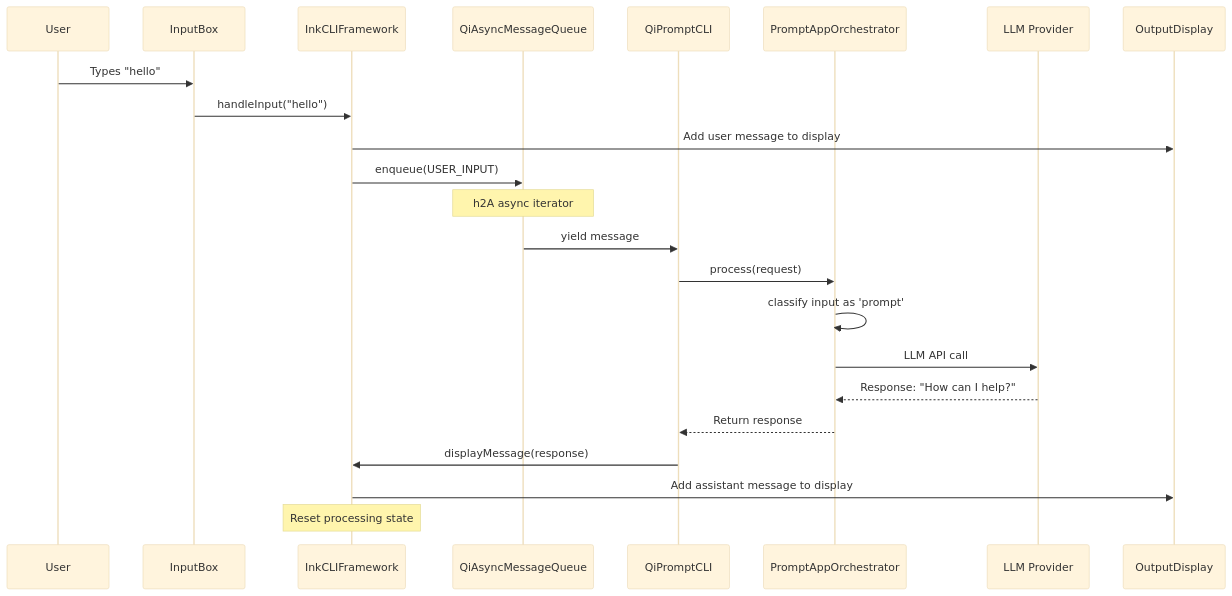
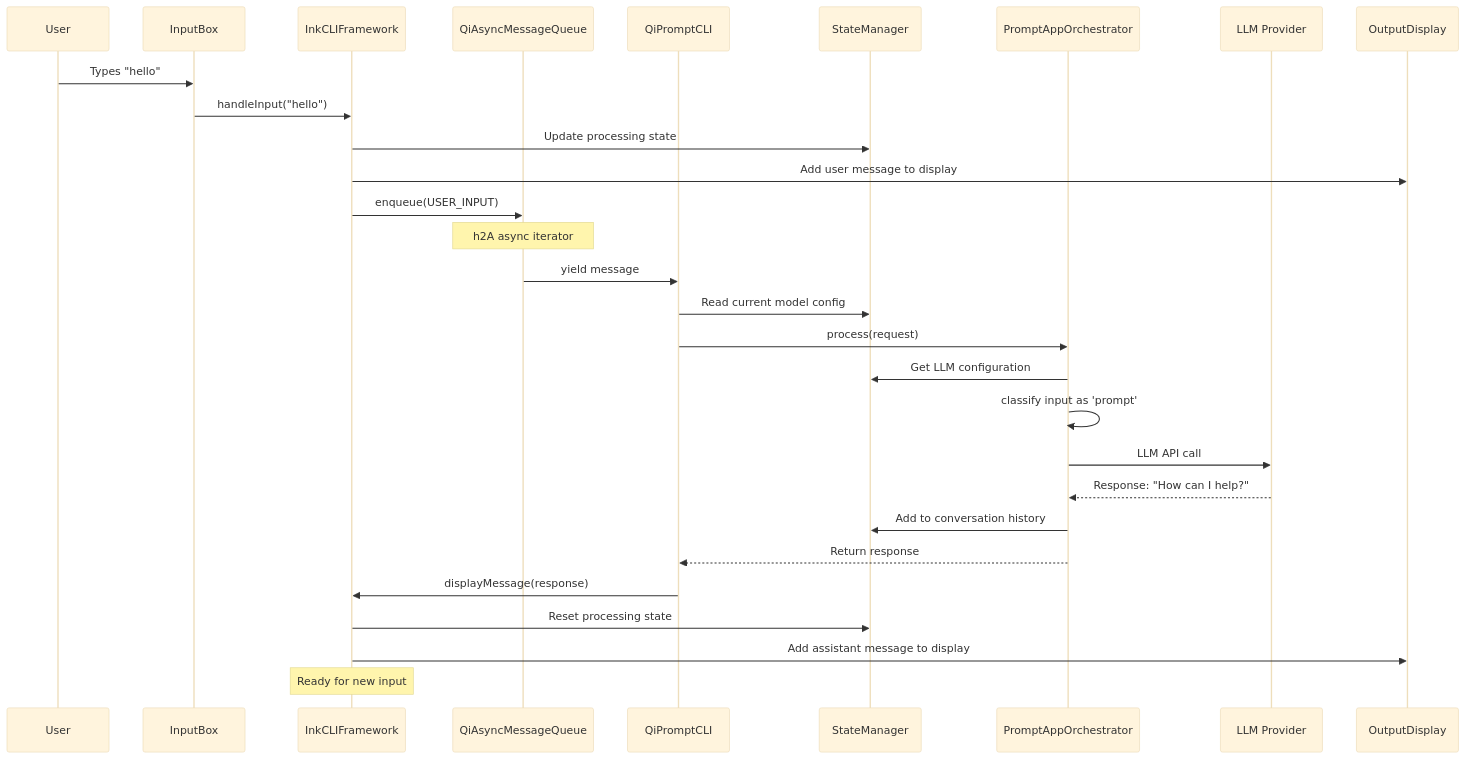
The third of 8 diagrams in docs/qi-prompt/architecture-detailed.md (zhifengzhang-sz/qi-v2-agent), drawn with Mermaid (base theme) before and after one commit. The commit also changed other lines of this file and 34 other files, not shown here.

First line of the commit message:
feat: Complete v-0.6.2 pure message-driven architecture

````diff
--- a/docs/qi-prompt/architecture-detailed.md
+++ b/docs/qi-prompt/architecture-detailed.md
@@ -100,26 +137,32 @@
 ```mermaid
 sequenceDiagram
     participant U as User
     participant I as InputBox
     participant F as InkCLIFramework
     participant Q as QiAsyncMessageQueue
     participant C as QiPromptCLI
+    participant S as StateManager
     participant O as PromptAppOrchestrator
     participant L as LLM Provider
     participant D as OutputDisplay
     
     U->>I: Types "hello"
     I->>F: handleInput("hello")
+    F->>S: Update processing state
     F->>D: Add user message to display
     F->>Q: enqueue(USER_INPUT)
     Note over Q: h2A async iterator
     Q->>C: yield message
+    C->>S: Read current model config
     C->>O: process(request)
+    O->>S: Get LLM configuration
     O->>O: classify input as 'prompt'
     O->>L: LLM API call
     L-->>O: Response: "How can I help?"
+    O->>S: Add to conversation history
     O-->>C: Return response
     C->>F: displayMessage(response)
+    F->>S: Reset processing state
     F->>D: Add assistant message to display
-    Note over F: Reset processing state
+    Note over F: Ready for new input
 ```
````
